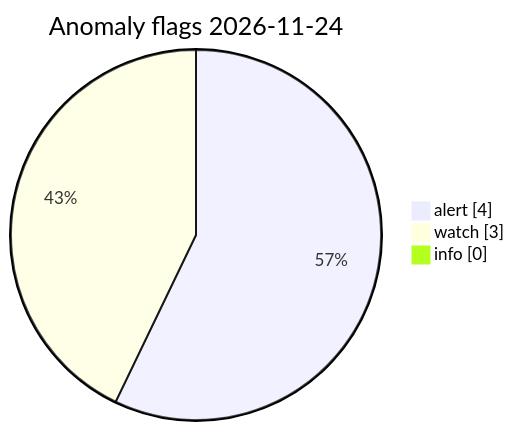
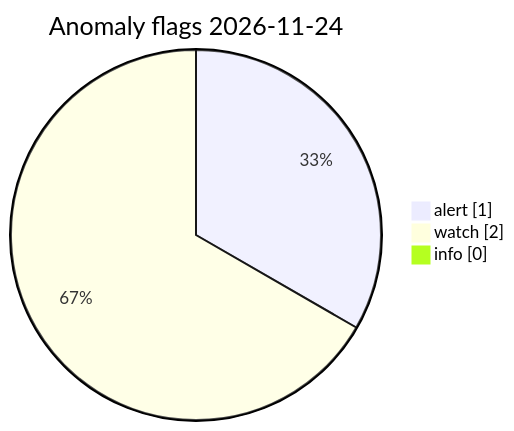
One commit to Midwest-Stratospheric/Unified-Open-Global-Weather changed the diagram in visuals/latest/CHARTS.md. Above: the diagram before and after it, drawn with Mermaid. The commit also changed other lines of this file and 13 other files, not shown here.

Commit message:
data(visuals): automated charts 2026-11-24T20:17Z

````diff
--- a/visuals/latest/CHARTS.md
+++ b/visuals/latest/CHARTS.md
@@ -73,7 +73,7 @@
 ```mermaid
 pie showData
   title Anomaly flags 2026-11-24
-  "alert" : 4
-  "watch" : 3
+  "alert" : 1
+  "watch" : 2
   "info" : 0
 ```
````
